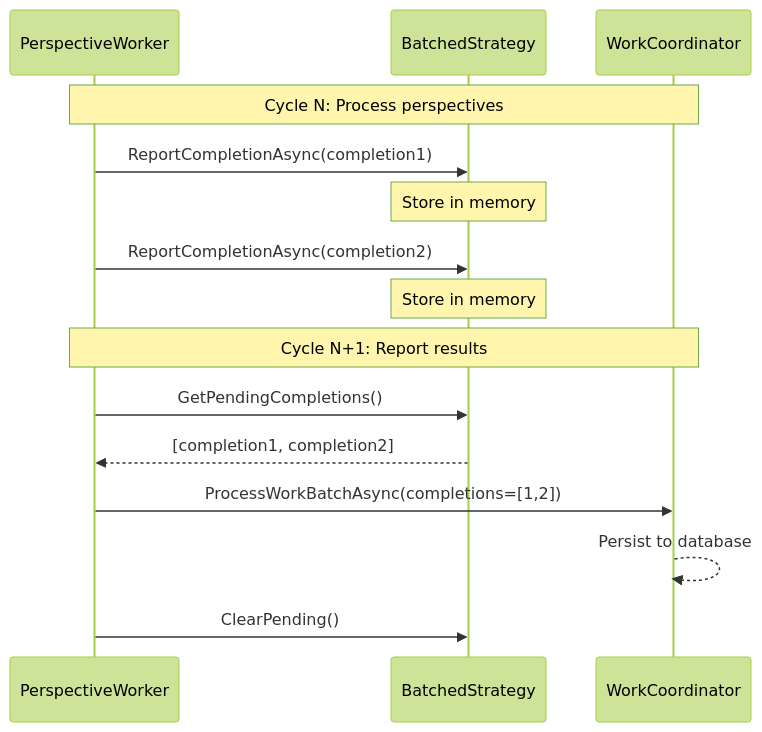
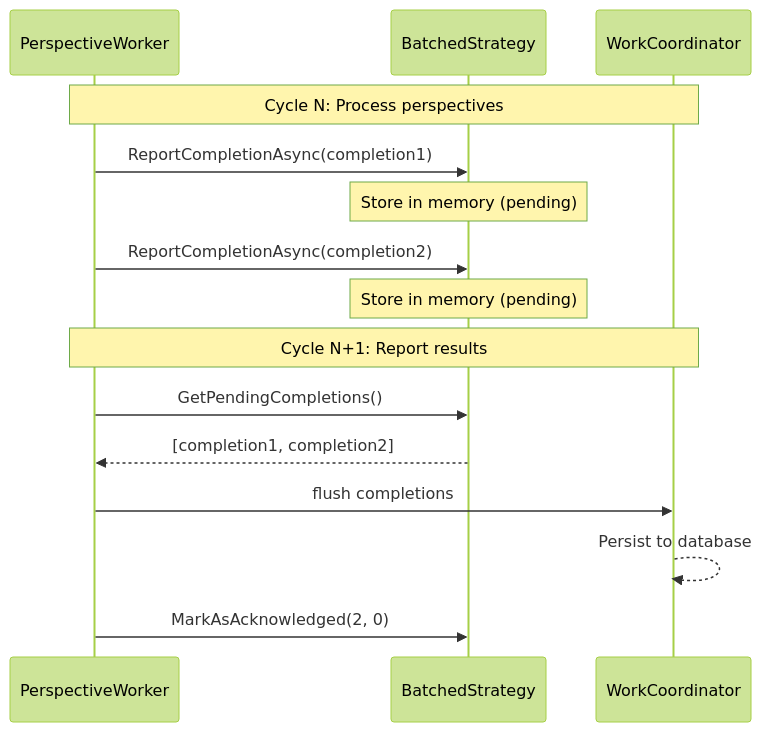
Before and after one commit to whizbang-lib/whizbang-lib.github.io: the third of 4 diagrams in src/assets/docs/v1.0.0/operations/workers/perspective-worker.md, drawn with Mermaid (forest theme). The commit also changed other lines of this file and 38 other files, not shown here.

````diff
--- a/src/assets/docs/v1.0.0/operations/workers/perspective-worker.md
+++ b/src/assets/docs/v1.0.0/operations/workers/perspective-worker.md
@@ -710,19 +417,19 @@
 ```mermaid
 sequenceDiagram
     participant PW as PerspectiveWorker
     participant S as BatchedStrategy
     participant WC as WorkCoordinator
 
     Note over PW,WC: Cycle N: Process perspectives
     PW->>S: ReportCompletionAsync(completion1)
-    Note over S: Store in memory
+    Note over S: Store in memory (pending)
     PW->>S: ReportCompletionAsync(completion2)
-    Note over S: Store in memory
+    Note over S: Store in memory (pending)
 
     Note over PW,WC: Cycle N+1: Report results
     PW->>S: GetPendingCompletions()
     S-->>PW: [completion1, completion2]
-    PW->>WC: ProcessWorkBatchAsync(completions=[1,2])
+    PW->>WC: flush completions
     WC-->>WC: Persist to database
-    PW->>S: ClearPending()
+    PW->>S: MarkAsAcknowledged(2, 0)
 ```
````
